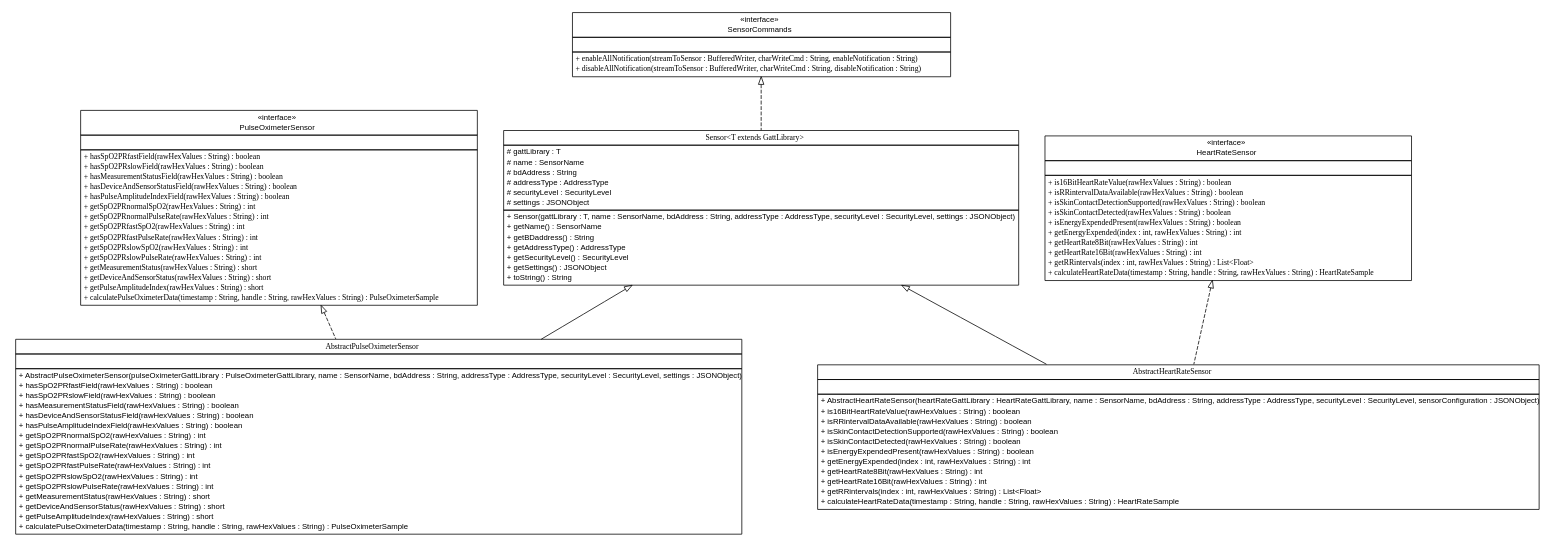
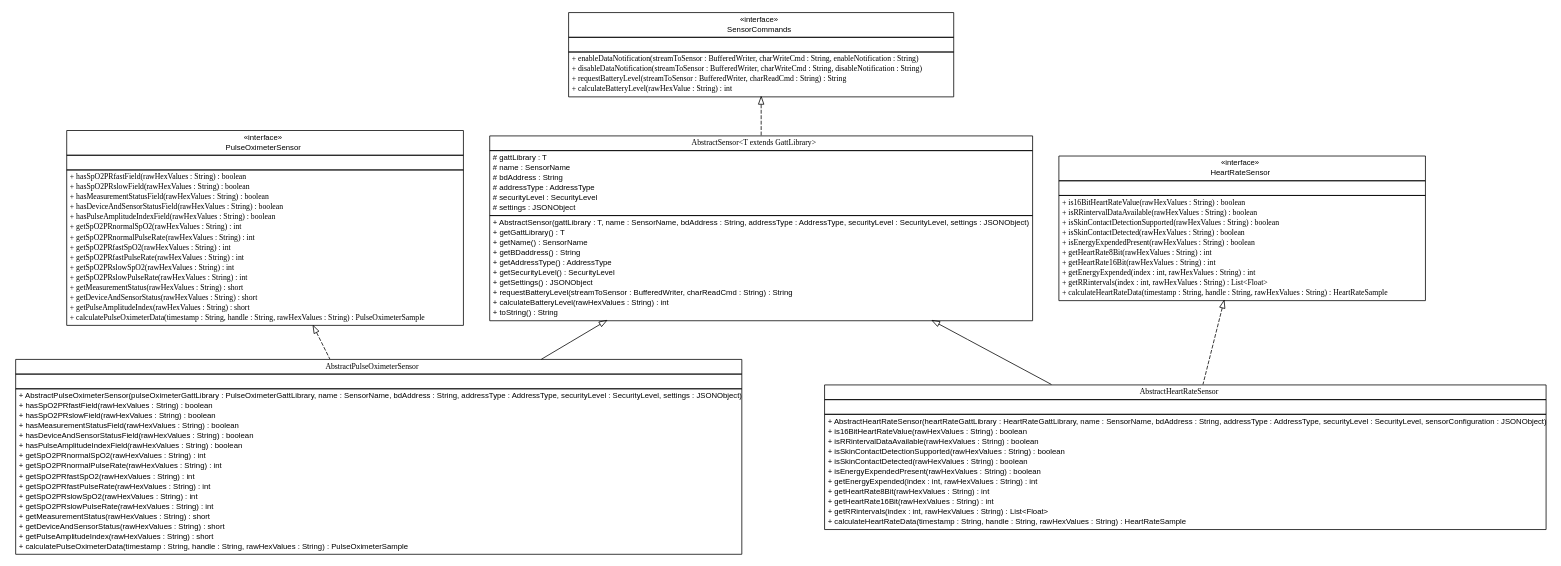
One commit to linksmart/sensor-platform changed the diagram in Resources/Documentation/Sensorplatform/SensorplatformSensor/apidocs/de/fhg/fit/biomos/sensorplatform/sensor/de.fhg.fit.biomos.sensorplatform.sensor.dot. Above: the diagram before and after it, drawn with Graphviz. The commit also changed 1577 other files, not shown here.

```diff
--- a/Resources/Documentation/Sensorplatform/SensorplatformSensor/apidocs/de/fhg/fit/biomos/sensorplatform/sensor/de.fhg.fit.biomos.sensorplatform.sensor.dot
+++ b/Resources/Documentation/Sensorplatform/SensorplatformSensor/apidocs/de/fhg/fit/biomos/sensorplatform/sensor/de.fhg.fit.biomos.sensorplatform.sensor.dot
@@ -19,35 +19,14 @@
 <tr><td align="left" balign="left">  </td></tr>
 		</table></td></tr>
 		<tr><td><table border="0" cellspacing="0" cellpadding="1">
-<tr><td align="left" balign="left"><font face="arial italic" point-size="10.0"> + enableAllNotification(streamToSensor : BufferedWriter, charWriteCmd : String, enableNotification : String) </font></td></tr>
-<tr><td align="left" balign="left"><font face="arial italic" point-size="10.0"> + disableAllNotification(streamToSensor : BufferedWriter, charWriteCmd : String, disableNotification : String) </font></td></tr>
+<tr><td align="left" balign="left"><font face="arial italic" point-size="10.0"> + enableDataNotification(streamToSensor : BufferedWriter, charWriteCmd : String, enableNotification : String) </font></td></tr>
+<tr><td align="left" balign="left"><font face="arial italic" point-size="10.0"> + disableDataNotification(streamToSensor : BufferedWriter, charWriteCmd : String, disableNotification : String) </font></td></tr>
+<tr><td align="left" balign="left"><font face="arial italic" point-size="10.0"> + requestBatteryLevel(streamToSensor : BufferedWriter, charReadCmd : String) : String </font></td></tr>
+<tr><td align="left" balign="left"><font face="arial italic" point-size="10.0"> + calculateBatteryLevel(rawHexValue : String) : int </font></td></tr>
 		</table></td></tr>
 		</table>>, URL="./SensorCommands.html", fontname="arial", fontcolor="black", fontsize=10.0];
-	// de.fhg.fit.biomos.sensorplatform.sensor.Sensor<T extends de.fhg.fit.biomos.sensorplatform.gatt.GattLibrary>
-	c34 [label=<<table title="de.fhg.fit.biomos.sensorplatform.sensor.Sensor" border="0" cellborder="1" cellspacing="0" cellpadding="2" port="p" href="./Sensor.html">
-		<tr><td><table border="0" cellspacing="0" cellpadding="1">
-<tr><td align="center" balign="center"><font face="arial italic"> Sensor&lt;T extends GattLibrary&gt; </font></td></tr>
-		</table></td></tr>
-		<tr><td><table border="0" cellspacing="0" cellpadding="1">
-<tr><td align="left" balign="left"> # gattLibrary : T </td></tr>
-<tr><td align="left" balign="left"> # name : SensorName </td></tr>
-<tr><td align="left" balign="left"> # bdAddress : String </td></tr>
-<tr><td align="left" balign="left"> # addressType : AddressType </td></tr>
-<tr><td align="left" balign="left"> # securityLevel : SecurityLevel </td></tr>
-<tr><td align="left" balign="left"> # settings : JSONObject </td></tr>
-		</table></td></tr>
-		<tr><td><table border="0" cellspacing="0" cellpadding="1">
-<tr><td align="left" balign="left"> + Sensor(gattLibrary : T, name : SensorName, bdAddress : String, addressType : AddressType, securityLevel : SecurityLevel, settings : JSONObject) </td></tr>
-<tr><td align="left" balign="left"> + getName() : SensorName </td></tr>
-<tr><td align="left" balign="left"> + getBDaddress() : String </td></tr>
-<tr><td align="left" balign="left"> + getAddressType() : AddressType </td></tr>
-<tr><td align="left" balign="left"> + getSecurityLevel() : SecurityLevel </td></tr>
-<tr><td align="left" balign="left"> + getSettings() : JSONObject </td></tr>
-<tr><td align="left" balign="left"> + toString() : String </td></tr>
-		</table></td></tr>
-		</table>>, URL="./Sensor.html", fontname="arial", fontcolor="black", fontsize=10.0];
 	// de.fhg.fit.biomos.sensorplatform.sensor.PulseOximeterSensor
-	c35 [label=<<table title="de.fhg.fit.biomos.sensorplatform.sensor.PulseOximeterSensor" border="0" cellborder="1" cellspacing="0" cellpadding="2" port="p" href="./PulseOximeterSensor.html">
+	c34 [label=<<table title="de.fhg.fit.biomos.sensorplatform.sensor.PulseOximeterSensor" border="0" cellborder="1" cellspacing="0" cellpadding="2" port="p" href="./PulseOximeterSensor.html">
 		<tr><td><table border="0" cellspacing="0" cellpadding="1">
 <tr><td align="center" balign="center"> &#171;interface&#187; </td></tr>
 <tr><td align="center" balign="center"> PulseOximeterSensor </td></tr>
@@ -74,7 +53,7 @@
 		</table></td></tr>
 		</table>>, URL="./PulseOximeterSensor.html", fontname="arial", fontcolor="black", fontsize=10.0];
 	// de.fhg.fit.biomos.sensorplatform.sensor.HeartRateSensor
-	c36 [label=<<table title="de.fhg.fit.biomos.sensorplatform.sensor.HeartRateSensor" border="0" cellborder="1" cellspacing="0" cellpadding="2" port="p" href="./HeartRateSensor.html">
+	c35 [label=<<table title="de.fhg.fit.biomos.sensorplatform.sensor.HeartRateSensor" border="0" cellborder="1" cellspacing="0" cellpadding="2" port="p" href="./HeartRateSensor.html">
 		<tr><td><table border="0" cellspacing="0" cellpadding="1">
 <tr><td align="center" balign="center"> &#171;interface&#187; </td></tr>
 <tr><td align="center" balign="center"> HeartRateSensor </td></tr>
@@ -88,13 +67,39 @@
 <tr><td align="left" balign="left"><font face="arial italic" point-size="10.0"> + isSkinContactDetectionSupported(rawHexValues : String) : boolean </font></td></tr>
 <tr><td align="left" balign="left"><font face="arial italic" point-size="10.0"> + isSkinContactDetected(rawHexValues : String) : boolean </font></td></tr>
 <tr><td align="left" balign="left"><font face="arial italic" point-size="10.0"> + isEnergyExpendedPresent(rawHexValues : String) : boolean </font></td></tr>
-<tr><td align="left" balign="left"><font face="arial italic" point-size="10.0"> + getEnergyExpended(index : int, rawHexValues : String) : int </font></td></tr>
 <tr><td align="left" balign="left"><font face="arial italic" point-size="10.0"> + getHeartRate8Bit(rawHexValues : String) : int </font></td></tr>
 <tr><td align="left" balign="left"><font face="arial italic" point-size="10.0"> + getHeartRate16Bit(rawHexValues : String) : int </font></td></tr>
+<tr><td align="left" balign="left"><font face="arial italic" point-size="10.0"> + getEnergyExpended(index : int, rawHexValues : String) : int </font></td></tr>
 <tr><td align="left" balign="left"><font face="arial italic" point-size="10.0"> + getRRintervals(index : int, rawHexValues : String) : List&lt;Float&gt; </font></td></tr>
 <tr><td align="left" balign="left"><font face="arial italic" point-size="10.0"> + calculateHeartRateData(timestamp : String, handle : String, rawHexValues : String) : HeartRateSample </font></td></tr>
 		</table></td></tr>
 		</table>>, URL="./HeartRateSensor.html", fontname="arial", fontcolor="black", fontsize=10.0];
+	// de.fhg.fit.biomos.sensorplatform.sensor.AbstractSensor<T extends de.fhg.fit.biomos.sensorplatform.gatt.GattLibrary>
+	c36 [label=<<table title="de.fhg.fit.biomos.sensorplatform.sensor.AbstractSensor" border="0" cellborder="1" cellspacing="0" cellpadding="2" port="p" href="./AbstractSensor.html">
+		<tr><td><table border="0" cellspacing="0" cellpadding="1">
+<tr><td align="center" balign="center"><font face="arial italic"> AbstractSensor&lt;T extends GattLibrary&gt; </font></td></tr>
+		</table></td></tr>
+		<tr><td><table border="0" cellspacing="0" cellpadding="1">
+<tr><td align="left" balign="left"> # gattLibrary : T </td></tr>
+<tr><td align="left" balign="left"> # name : SensorName </td></tr>
+<tr><td align="left" balign="left"> # bdAddress : String </td></tr>
+<tr><td align="left" balign="left"> # addressType : AddressType </td></tr>
+<tr><td align="left" balign="left"> # securityLevel : SecurityLevel </td></tr>
+<tr><td align="left" balign="left"> # settings : JSONObject </td></tr>
+		</table></td></tr>
+		<tr><td><table border="0" cellspacing="0" cellpadding="1">
+<tr><td align="left" balign="left"> + AbstractSensor(gattLibrary : T, name : SensorName, bdAddress : String, addressType : AddressType, securityLevel : SecurityLevel, settings : JSONObject) </td></tr>
+<tr><td align="left" balign="left"> + getGattLibrary() : T </td></tr>
+<tr><td align="left" balign="left"> + getName() : SensorName </td></tr>
+<tr><td align="left" balign="left"> + getBDaddress() : String </td></tr>
+<tr><td align="left" balign="left"> + getAddressType() : AddressType </td></tr>
+<tr><td align="left" balign="left"> + getSecurityLevel() : SecurityLevel </td></tr>
+<tr><td align="left" balign="left"> + getSettings() : JSONObject </td></tr>
+<tr><td align="left" balign="left"> + requestBatteryLevel(streamToSensor : BufferedWriter, charReadCmd : String) : String </td></tr>
+<tr><td align="left" balign="left"> + calculateBatteryLevel(rawHexValues : String) : int </td></tr>
+<tr><td align="left" balign="left"> + toString() : String </td></tr>
+		</table></td></tr>
+		</table>>, URL="./AbstractSensor.html", fontname="arial", fontcolor="black", fontsize=10.0];
 	// de.fhg.fit.biomos.sensorplatform.sensor.AbstractPulseOximeterSensor
 	c37 [label=<<table title="de.fhg.fit.biomos.sensorplatform.sensor.AbstractPulseOximeterSensor" border="0" cellborder="1" cellspacing="0" cellpadding="2" port="p" href="./AbstractPulseOximeterSensor.html">
 		<tr><td><table border="0" cellspacing="0" cellpadding="1">
@@ -144,14 +149,14 @@
 <tr><td align="left" balign="left"> + calculateHeartRateData(timestamp : String, handle : String, rawHexValues : String) : HeartRateSample </td></tr>
 		</table></td></tr>
 		</table>>, URL="./AbstractHeartRateSensor.html", fontname="arial", fontcolor="black", fontsize=10.0];
-	//de.fhg.fit.biomos.sensorplatform.sensor.Sensor<T extends de.fhg.fit.biomos.sensorplatform.gatt.GattLibrary> implements de.fhg.fit.biomos.sensorplatform.sensor.SensorCommands
-	c33:p -> c34:p [dir=back,arrowtail=empty,style=dashed];
-	//de.fhg.fit.biomos.sensorplatform.sensor.AbstractPulseOximeterSensor extends de.fhg.fit.biomos.sensorplatform.sensor.Sensor<de.fhg.fit.biomos.sensorplatform.gatt.PulseOximeterGattLibrary>
-	c34:p -> c37:p [dir=back,arrowtail=empty];
+	//de.fhg.fit.biomos.sensorplatform.sensor.AbstractSensor<T extends de.fhg.fit.biomos.sensorplatform.gatt.GattLibrary> implements de.fhg.fit.biomos.sensorplatform.sensor.SensorCommands
+	c33:p -> c36:p [dir=back,arrowtail=empty,style=dashed];
+	//de.fhg.fit.biomos.sensorplatform.sensor.AbstractPulseOximeterSensor extends de.fhg.fit.biomos.sensorplatform.sensor.AbstractSensor<de.fhg.fit.biomos.sensorplatform.gatt.PulseOximeterGattLibrary>
+	c36:p -> c37:p [dir=back,arrowtail=empty];
 	//de.fhg.fit.biomos.sensorplatform.sensor.AbstractPulseOximeterSensor implements de.fhg.fit.biomos.sensorplatform.sensor.PulseOximeterSensor
-	c35:p -> c37:p [dir=back,arrowtail=empty,style=dashed];
-	//de.fhg.fit.biomos.sensorplatform.sensor.AbstractHeartRateSensor extends de.fhg.fit.biomos.sensorplatform.sensor.Sensor<de.fhg.fit.biomos.sensorplatform.gatt.HeartRateGattLibrary>
-	c34:p -> c38:p [dir=back,arrowtail=empty];
+	c34:p -> c37:p [dir=back,arrowtail=empty,style=dashed];
+	//de.fhg.fit.biomos.sensorplatform.sensor.AbstractHeartRateSensor extends de.fhg.fit.biomos.sensorplatform.sensor.AbstractSensor<de.fhg.fit.biomos.sensorplatform.gatt.HeartRateGattLibrary>
+	c36:p -> c38:p [dir=back,arrowtail=empty];
 	//de.fhg.fit.biomos.sensorplatform.sensor.AbstractHeartRateSensor implements de.fhg.fit.biomos.sensorplatform.sensor.HeartRateSensor
-	c36:p -> c38:p [dir=back,arrowtail=empty,style=dashed];
+	c35:p -> c38:p [dir=back,arrowtail=empty,style=dashed];
 }
```
